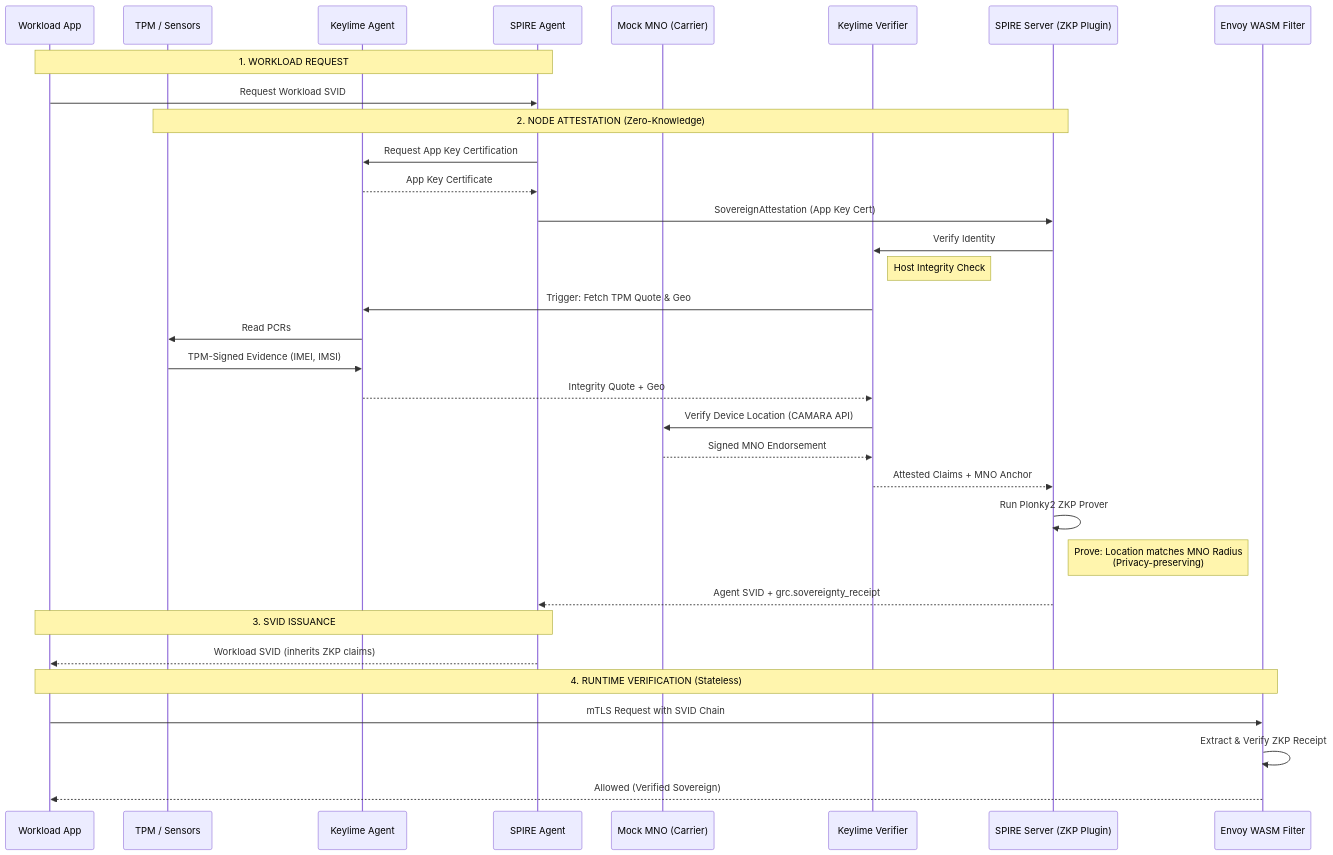
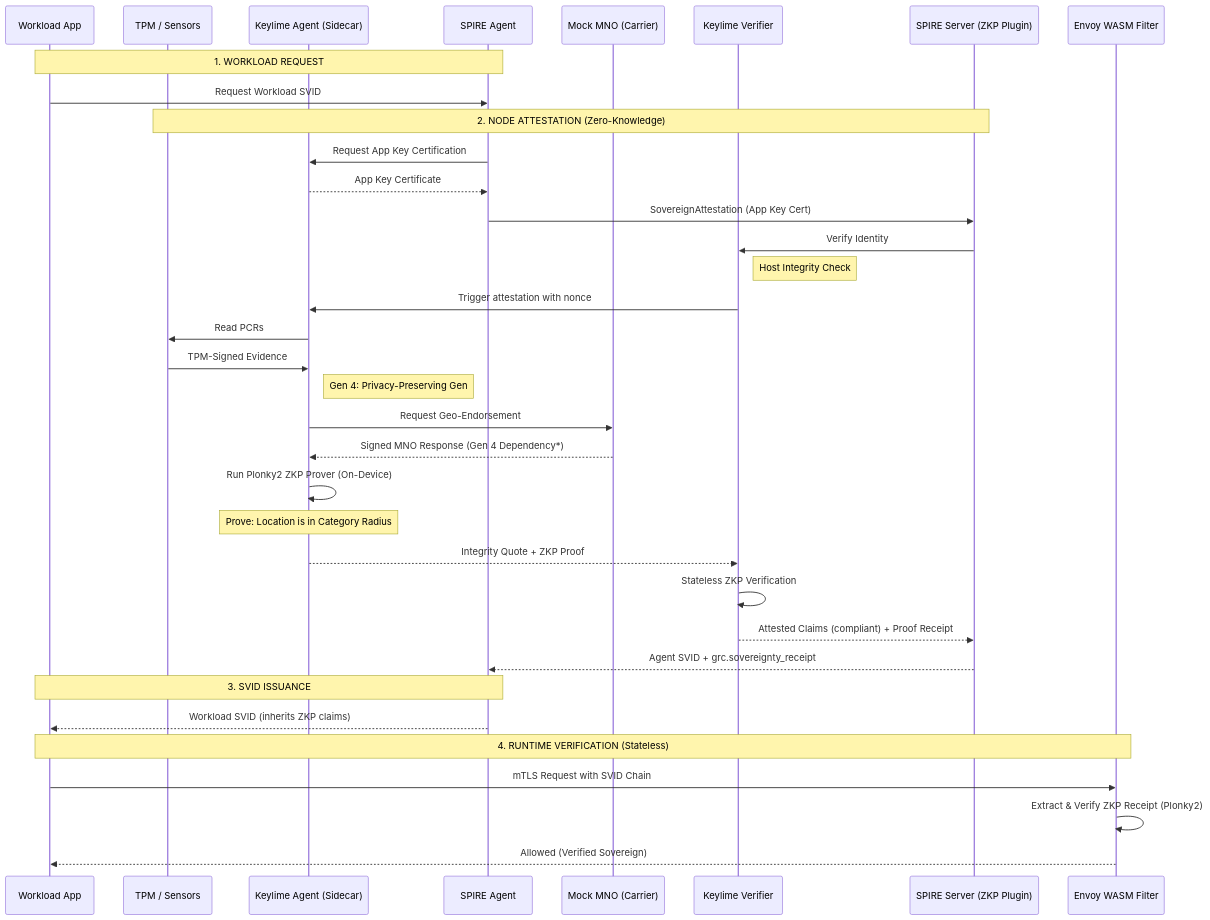
The first of 3 diagrams in hybrid-cloud-poc/README-arch-sovereign-unified-identity.md (lfedgeai/AegisSovereignAI), drawn with Mermaid before and after one commit. The commit also changed other lines of this file, not shown here.

Commit message:
docs: update architecture diagrams with Gen 4 ZKP details and status

````diff
--- a/hybrid-cloud-poc/README-arch-sovereign-unified-identity.md
+++ b/hybrid-cloud-poc/README-arch-sovereign-unified-identity.md
@@ -1816,43 +1816,46 @@
 ```mermaid
 sequenceDiagram
     participant Workload as Workload App
     participant Hardware as TPM / Sensors
-    participant KAgent as Keylime Agent
+    participant KAgent as Keylime Agent (Sidecar)
     participant Agent as SPIRE Agent
     participant MNO as Mock MNO (Carrier)
     participant Verifier as Keylime Verifier
     participant Server as SPIRE Server (ZKP Plugin)
     participant Envoy as Envoy WASM Filter
 
     Note over Workload, Agent: 1. WORKLOAD REQUEST
     Workload->>Agent: Request Workload SVID
     
     Note over Hardware, Server: 2. NODE ATTESTATION (Zero-Knowledge)
     Agent->>KAgent: Request App Key Certification
     KAgent-->>Agent: App Key Certificate
     Agent->>Server: SovereignAttestation (App Key Cert)
     Server->>Verifier: Verify Identity
     
     Note right of Verifier: Host Integrity Check
-    Verifier->>KAgent: Trigger: Fetch TPM Quote & Geo
+    Verifier->>KAgent: Trigger attestation with nonce
     KAgent->>Hardware: Read PCRs
-    Hardware->>KAgent: TPM-Signed Evidence (IMEI, IMSI)
-    KAgent-->>Verifier: Integrity Quote + Geo
+    Hardware->>KAgent: TPM-Signed Evidence
     
-    Verifier->>MNO: Verify Device Location (CAMARA API)
-    MNO-->>Verifier: Signed MNO Endorsement
-    Verifier-->>Server: Attested Claims + MNO Anchor
+    Note right of KAgent: Gen 4: Privacy-Preserving Gen
+    KAgent->>MNO: Request Geo-Endorsement
+    MNO-->>KAgent: Signed MNO Response (Gen 4 Dependency*)
+    KAgent->>KAgent: Run Plonky2 ZKP Prover (On-Device)
+    Note over KAgent: Prove: Location is in Category Radius
     
-    Server->>Server: Run Plonky2 ZKP Prover
-    Note right of Server: Prove: Location matches MNO Radius<br/>(Privacy-preserving)
+    KAgent-->>Verifier: Integrity Quote + ZKP Proof
+    Verifier->>Verifier: Stateless ZKP Verification
+    
+    Verifier-->>Server: Attested Claims (compliant) + Proof Receipt
     
     Server-->>Agent: Agent SVID + grc.sovereignty_receipt
     
     Note over Workload, Agent: 3. SVID ISSUANCE
     Agent-->>Workload: Workload SVID (inherits ZKP claims)
     
     Note over Workload, Envoy: 4. RUNTIME VERIFICATION (Stateless)
     Workload->>Envoy: mTLS Request with SVID Chain
-    Envoy->>Envoy: Extract & Verify ZKP Receipt
+    Envoy->>Envoy: Extract & Verify ZKP Receipt (Plonky2)
     Envoy-->>Workload: Allowed (Verified Sovereign)
 ```
````
